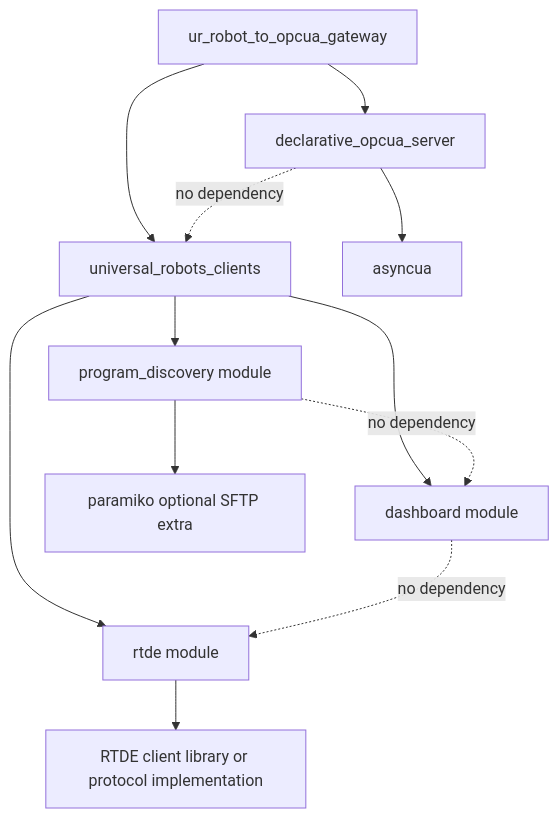
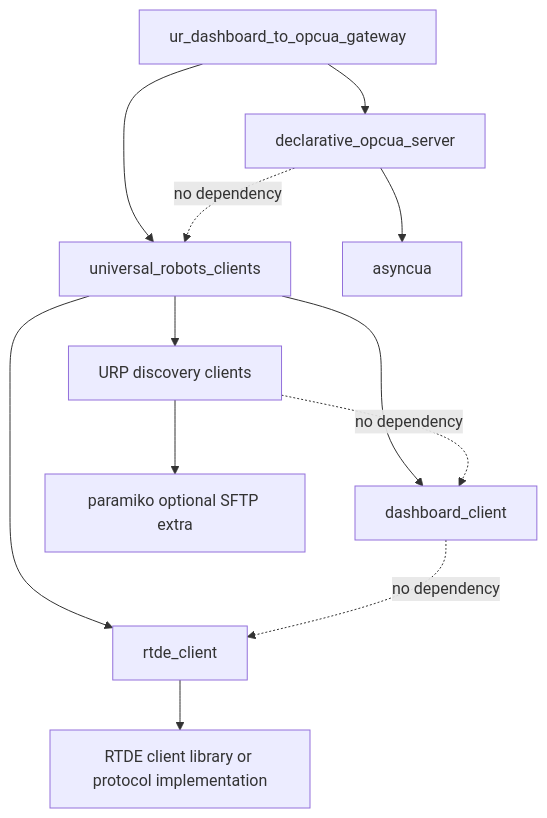
The second of 2 diagrams in docs/multi-protocol-gateway-architecture.md (CraigBuilds/ur_dashboard_to_opcua_gateway), drawn with Mermaid before and after one commit. The commit also changed other lines of this file and 39 other files, not shown here.

````diff
--- a/docs/multi-protocol-gateway-architecture.md
+++ b/docs/multi-protocol-gateway-architecture.md
@@ -358,17 +361,17 @@
 ```mermaid
 flowchart TD
-    Gateway["ur_robot_to_opcua_gateway"] --> OpcPackage["declarative_opcua_server"]
+    Gateway["ur_dashboard_to_opcua_gateway"] --> OpcPackage["declarative_opcua_server"]
     Gateway --> UrClients["universal_robots_clients"]
 
-    UrClients --> DashboardModule["dashboard module"]
-    UrClients --> ProgramDiscoveryModule["program_discovery module"]
-    UrClients --> RtdeModule["rtde module"]
+    UrClients --> DashboardModule["dashboard_client"]
+    UrClients --> ProgramDiscoveryModule["URP discovery clients"]
+    UrClients --> RtdeModule["rtde_client"]
 
     OpcPackage --> AsyncUa["asyncua"]
     ProgramDiscoveryModule --> Paramiko["paramiko optional SFTP extra"]
     RtdeModule --> RtdeLibrary["RTDE client library or protocol implementation"]
 
     DashboardModule -. no dependency .-> RtdeModule
     ProgramDiscoveryModule -. no dependency .-> DashboardModule
     OpcPackage -. no dependency .-> UrClients
 ```
````
